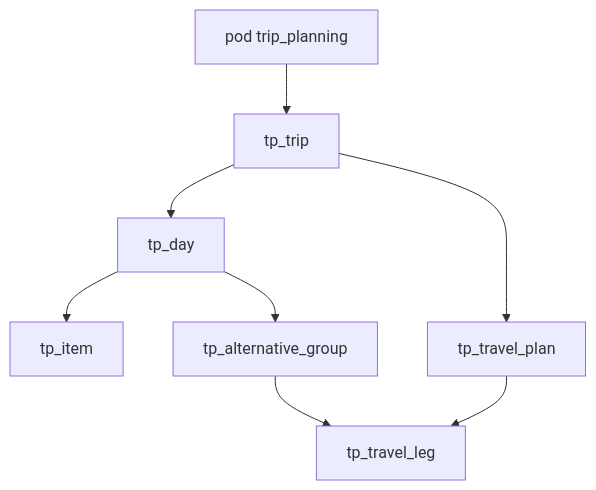
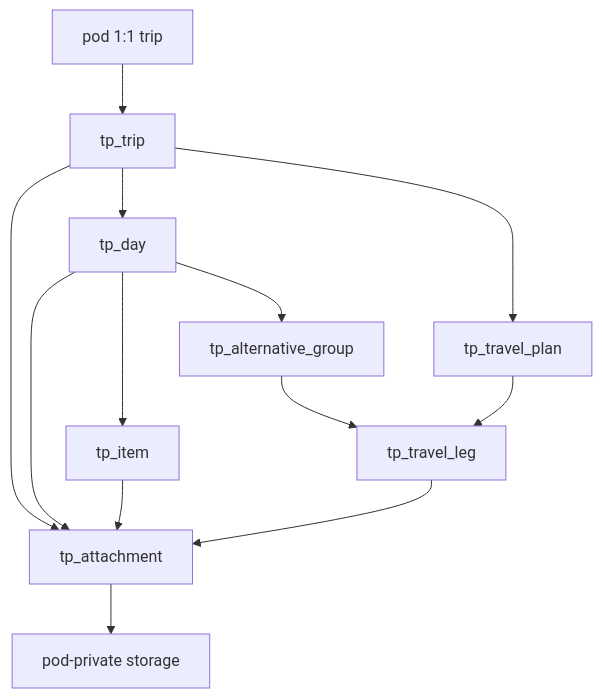
Before and after one commit to CoolColdUK/simpleOutcomeDev: the diagram in plan/feature/trip-planning.md, drawn with Mermaid. The commit also changed other lines of this file, not shown here.

Commit message:
docs(trip-planning): lock Matthew decisions, pod_viewer, budget, attachments

````diff
--- a/plan/feature/trip-planning.md
+++ b/plan/feature/trip-planning.md
@@ -198,17 +249,24 @@
 ```mermaid
 flowchart TB
-  pod[pod trip_planning]
+  pod[pod 1:1 trip]
   trip[tp_trip]
   day[tp_day]
   item[tp_item]
   ag[tp_alternative_group]
   leg[tp_travel_leg]
   plan[tp_travel_plan]
+  att[tp_attachment]
+  store[pod-private storage]
   pod --> trip
   trip --> day
   trip --> plan
   day --> item
   day --> ag
   ag --> leg
   plan --> leg
+  trip --> att
+  day --> att
+  item --> att
+  leg --> att
+  att --> store
 ```
````
